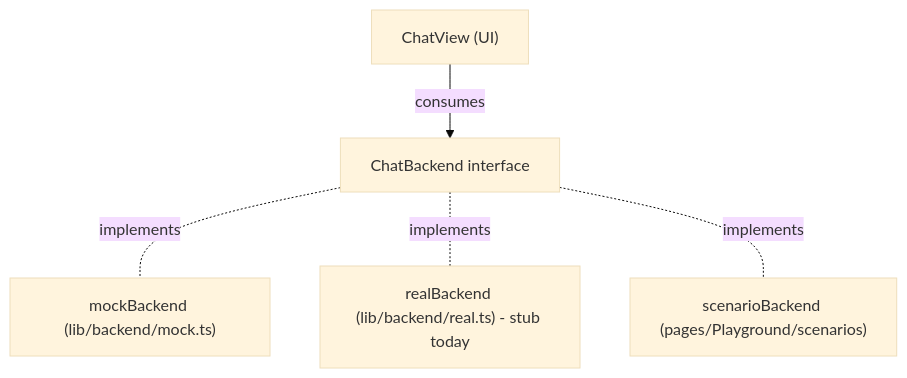
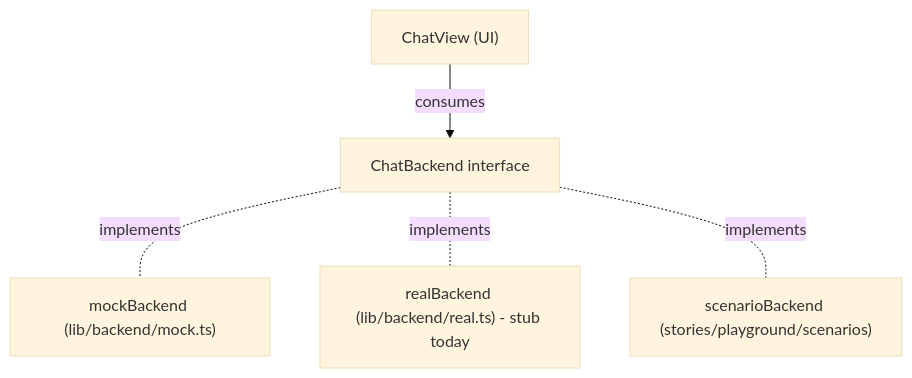
The diagram in console/web/PLAYGROUND.md (iii-hq/workers), drawn with Mermaid (base theme) before and after one commit. The commit also changed other lines of this file and 132 other files, not shown here.

````diff
--- a/console/web/PLAYGROUND.md
+++ b/console/web/PLAYGROUND.md
@@ -98,13 +138,13 @@
 ```mermaid
 graph TD
   ChatView["ChatView (UI)"]
   Backend["ChatBackend interface"]
   Mock["mockBackend (lib/backend/mock.ts)"]
   Real["realBackend (lib/backend/real.ts) - stub today"]
-  Scenarios["scenarioBackend (pages/Playground/scenarios)"]
+  Scenarios["scenarioBackend (stories/playground/scenarios)"]
 
   ChatView -->|consumes| Backend
   Backend -.implements.- Mock
   Backend -.implements.- Real
   Backend -.implements.- Scenarios
 ```
````
